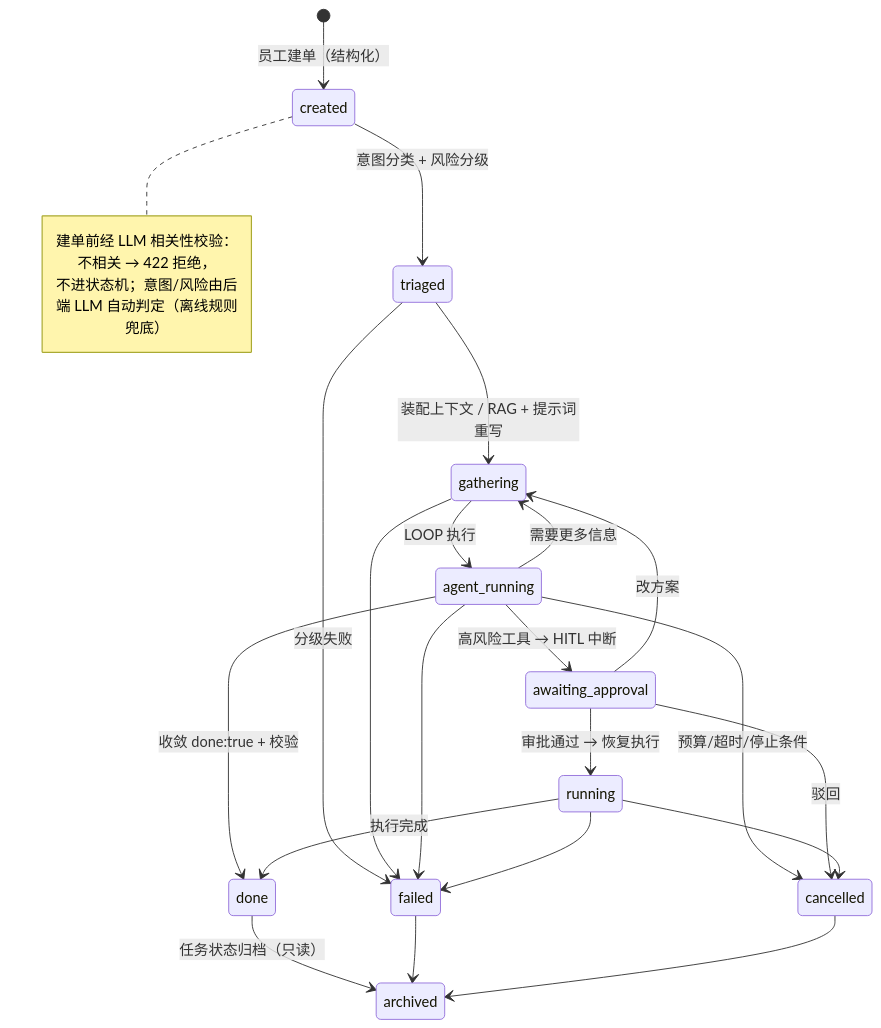
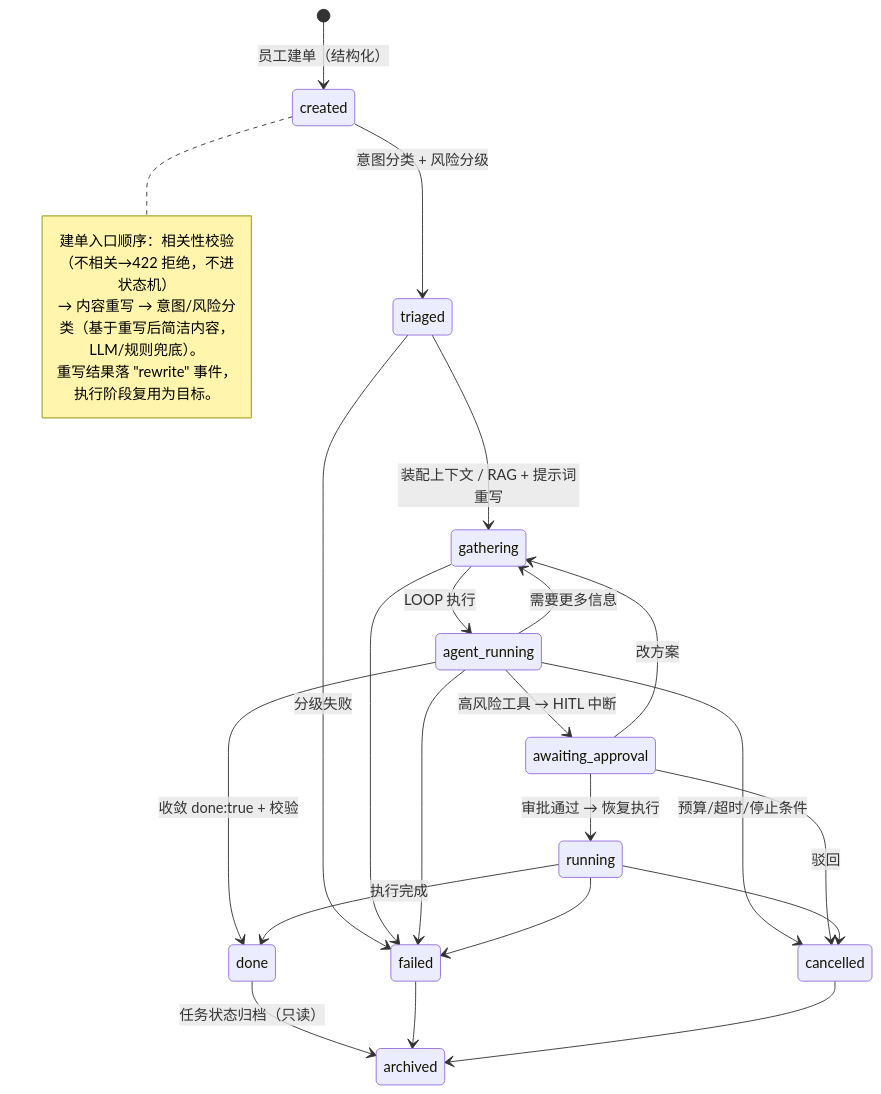
One commit to XiaoguaiXiaowai/Enterprise-Grade-Hybrid-Agent-Workflow_01 changed the second of 3 diagrams in README.md. Above: the diagram before and after it, drawn with Mermaid. The commit also changed 8 other files, not shown here.

````diff
--- a/README.md
+++ b/README.md
@@ -115,27 +115,28 @@
 ```mermaid
 stateDiagram-v2
     [*] --> created : 员工建单（结构化）
     note right of created
-        建单前经 LLM 相关性校验：不相关 → 422 拒绝，
-        不进状态机；意图/风险由后端 LLM 自动判定（离线规则兜底）
+        建单入口顺序：相关性校验（不相关→422 拒绝，不进状态机）
+        → 内容重写 → 意图/风险分类（基于重写后简洁内容，LLM/规则兜底）。
+        重写结果落 "rewrite" 事件，执行阶段复用为目标。
     end note
     created --> triaged : 意图分类 + 风险分级
     triaged --> gathering : 装配上下文 / RAG + 提示词重写
     triaged --> failed : 分级失败
     gathering --> agent_running : LOOP 执行
     gathering --> failed
     agent_running --> gathering : 需要更多信息
     agent_running --> awaiting_approval : 高风险工具 → HITL 中断
     agent_running --> done : 收敛 done:true + 校验
     agent_running --> failed
     agent_running --> cancelled : 预算/超时/停止条件
     awaiting_approval --> running : 审批通过 → 恢复执行
     awaiting_approval --> cancelled : 驳回
     awaiting_approval --> gathering : 改方案
     running --> done : 执行完成
     running --> failed
     running --> cancelled
     done --> archived : 任务状态归档（只读）
     failed --> archived
     cancelled --> archived
 ```
````
